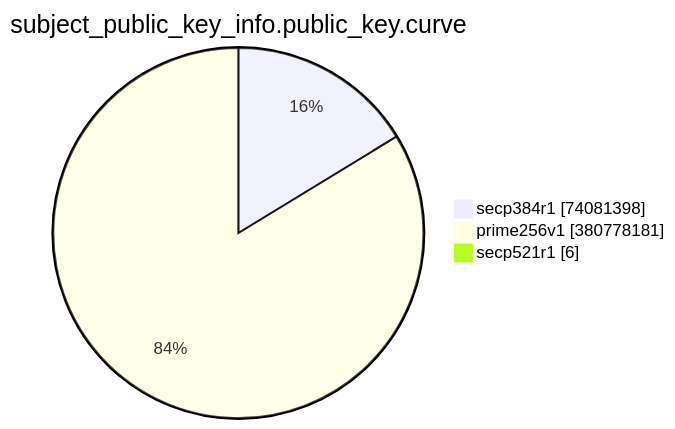
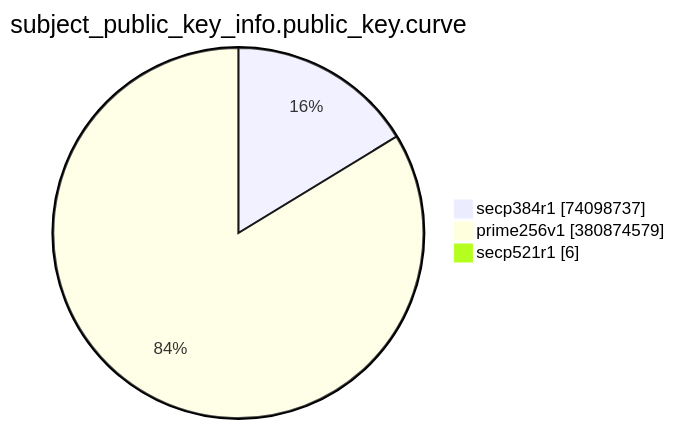
Before and after one commit to christiankrug/ctmonitor_visualization: the eighth of 15 diagrams in TOTAL/README.md, drawn with Mermaid. The commit also changed other lines of this file, not shown here.

````diff
--- a/TOTAL/README.md
+++ b/TOTAL/README.md
@@ -3094,7 +3094,7 @@
 ```mermaid
 pie showData
 title subject_public_key_info.public_key.curve
-"secp384r1" :74081398
-"prime256v1" :380778181
+"secp384r1" :74098737
+"prime256v1" :380874579
 "secp521r1" :6
 ```
````
